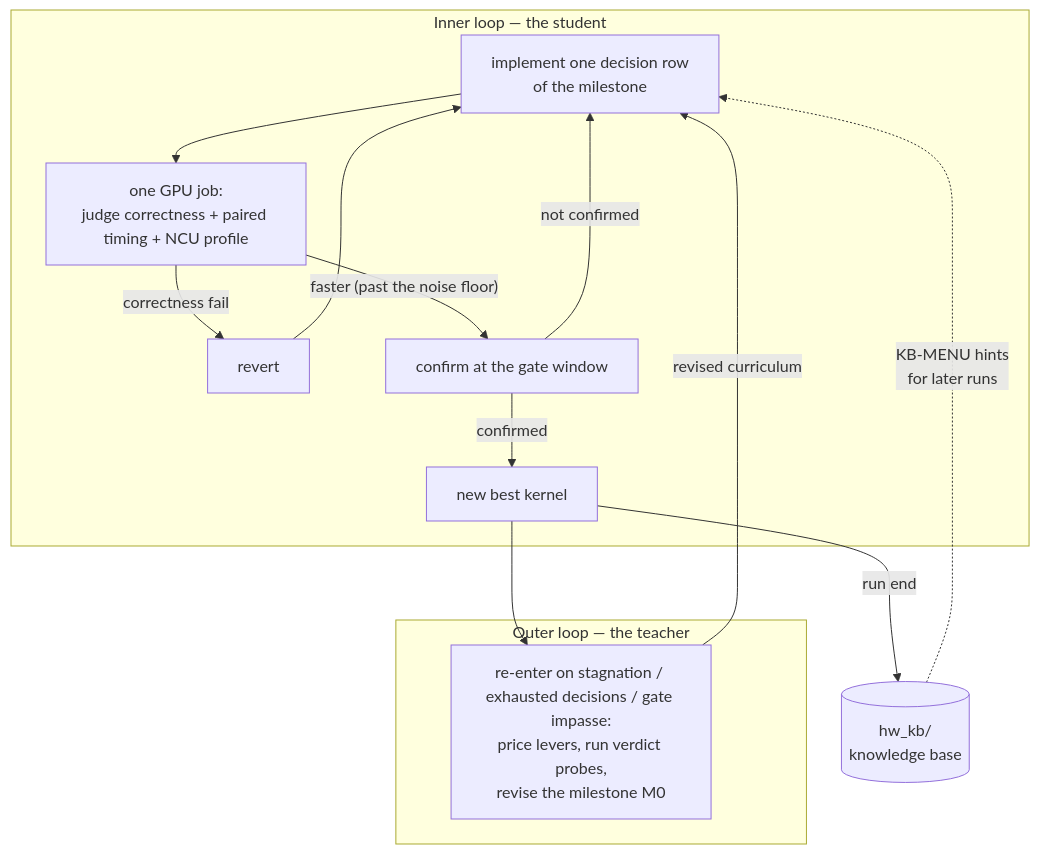
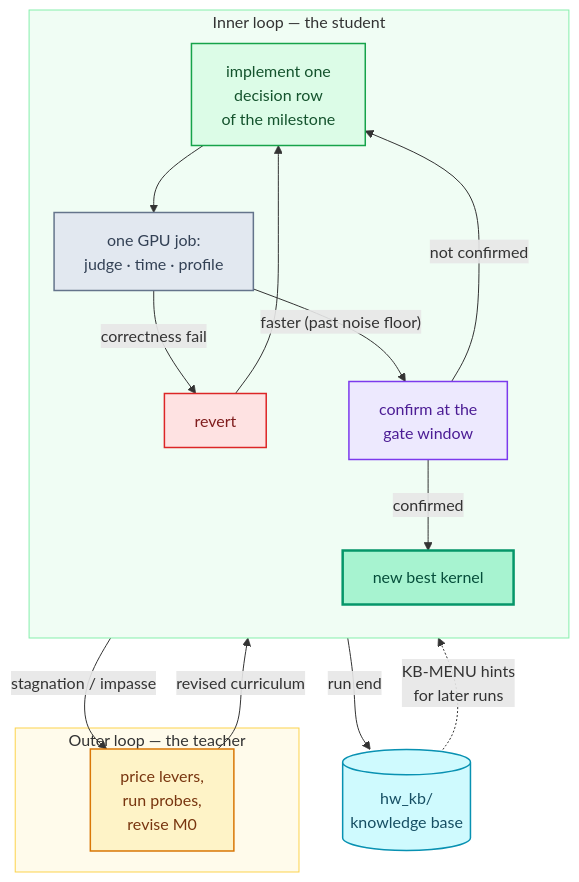
Before and after one commit to ChaseZhang-ai/RSI-Kernel-Tune: the second of 2 diagrams in README.md, drawn with Mermaid. The commit also changed other lines of this file, not shown here.

Commit message:
docs: rework both mermaid figures — vertical layout that fits the page, role-colored nodes (reference/harness/teacher/student/gate/KB) with a color key, tightened spacing and labels

````diff
--- a/README.md
+++ b/README.md
@@ -228,17 +256,42 @@
 ```mermaid
+---
+config:
+  flowchart:
+    nodeSpacing: 30
+    rankSpacing: 42
+---
 flowchart TD
     subgraph INNER["Inner loop — the student"]
-        S["implement one decision row<br/>of the milestone"] --> JOB["one GPU job:<br/>judge correctness + paired timing + NCU profile"]
-        JOB -->|"correctness fail"| REV["revert"] --> S
-        JOB -->|"faster (past the noise floor)"| NB["confirm at the gate window"]
+        direction TB
+        S["implement one<br/>decision row<br/>of the milestone"] --> JOB["one GPU job:<br/>judge · time · profile"]
+        JOB -->|"correctness fail"| REV["revert"]
+        REV --> S
+        JOB -->|"faster (past noise floor)"| NB["confirm at the<br/>gate window"]
         NB -->|"confirmed"| BEST["new best kernel"]
         NB -->|"not confirmed"| S
     end
     subgraph OUTER["Outer loop — the teacher"]
-        T["re-enter on stagnation / exhausted decisions / gate impasse:<br/>price levers, run verdict probes,<br/>revise the milestone M0"]
+        T["price levers,<br/>run probes,<br/>revise M0"]
     end
-    BEST --> T
+    BEST -->|"stagnation / impasse"| T
     T -->|"revised curriculum"| S
     BEST -->|"run end"| KB[("hw_kb/<br/>knowledge base")]
     KB -.->|"KB-MENU hints<br/>for later runs"| S
+
+    classDef student fill:#DCFCE7,stroke:#16A34A,color:#14532D,stroke-width:1.5px
+    classDef job fill:#E2E8F0,stroke:#64748B,color:#334155,stroke-width:1.5px
+    classDef revert fill:#FEE2E2,stroke:#DC2626,color:#7F1D1D,stroke-width:1.5px
+    classDef gate fill:#EDE9FE,stroke:#7C3AED,color:#4C1D95,stroke-width:1.5px
+    classDef best fill:#A7F3D0,stroke:#059669,color:#064E3B,stroke-width:2.5px
+    classDef teacher fill:#FEF3C7,stroke:#D97706,color:#78350F,stroke-width:1.5px
+    classDef kb fill:#CFFAFE,stroke:#0891B2,color:#164E63,stroke-width:1.5px
+    class S student
+    class JOB job
+    class REV revert
+    class NB gate
+    class BEST best
+    class T teacher
+    class KB kb
+    style INNER fill:#F0FDF4,stroke:#86EFAC,stroke-width:1px
+    style OUTER fill:#FFFBEB,stroke:#FCD34D,stroke-width:1px
 ```
````
